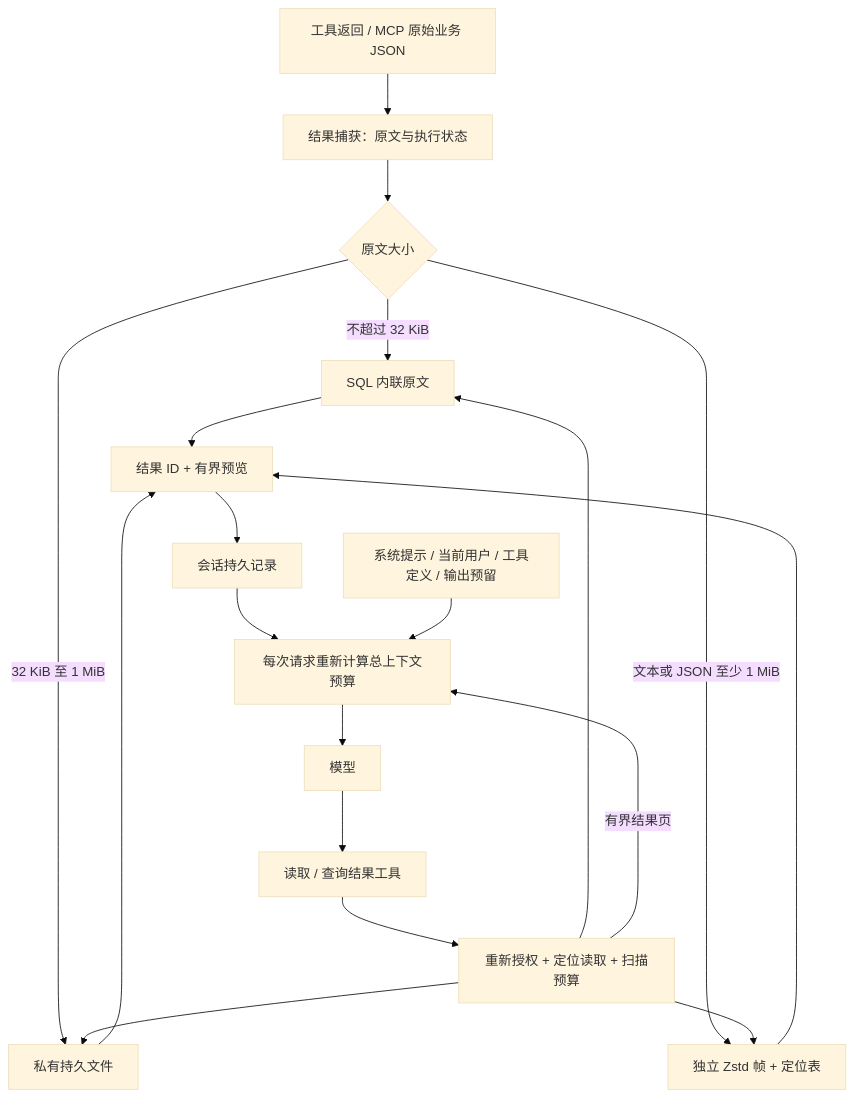
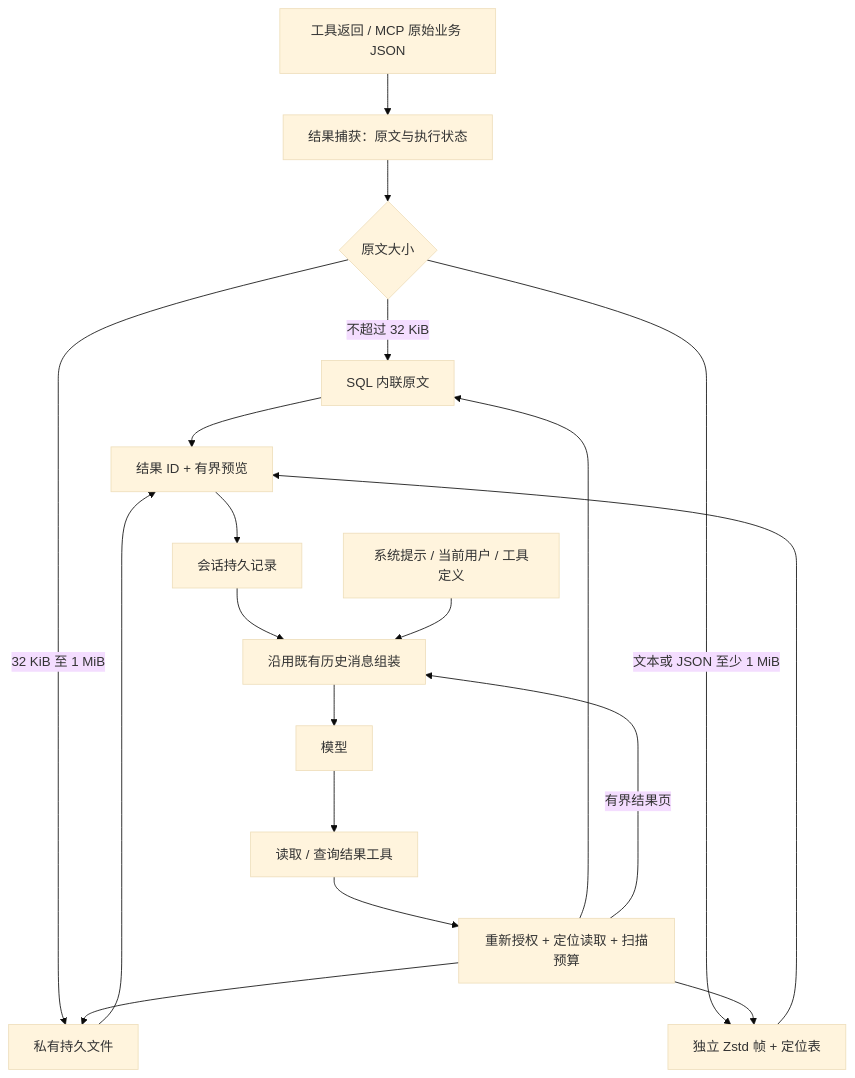
Before and after one commit to ongridio/ongrid: the second of 3 diagrams in docs/design/tool-result-storage.md, drawn with Mermaid (base theme). The commit also changed other lines of this file and 31 other files, not shown here.

````diff
--- a/docs/design/tool-result-storage.md
+++ b/docs/design/tool-result-storage.md
@@ -521,21 +517,21 @@
 ```mermaid
 flowchart TD
   A[工具返回 / MCP 原始业务 JSON] --> B[结果捕获：原文与执行状态]
   B --> C{原文大小}
   C -->|不超过 32 KiB| D[SQL 内联原文]
   C -->|32 KiB 至 1 MiB| E[私有持久文件]
   C -->|文本或 JSON 至少 1 MiB| F[独立 Zstd 帧 + 定位表]
   D --> G[结果 ID + 有界预览]
   E --> G
   F --> G
   G --> H[会话持久记录]
-  H --> I[每次请求重新计算总上下文预算]
-  J[系统提示 / 当前用户 / 工具定义 / 输出预留] --> I
+  H --> I[沿用既有历史消息组装]
+  J[系统提示 / 当前用户 / 工具定义] --> I
   I --> K[模型]
   K --> L[读取 / 查询结果工具]
   L --> M[重新授权 + 定位读取 + 扫描预算]
   M --> D
   M --> E
   M --> F
   M -->|有界结果页| I
 ```
````
